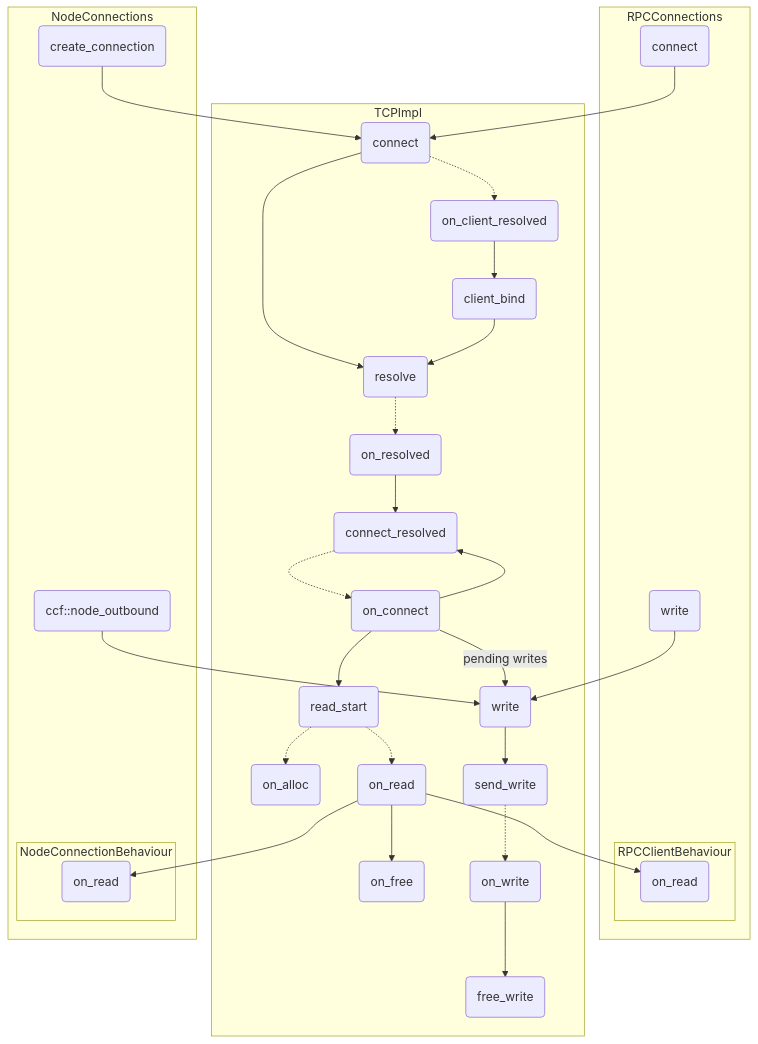
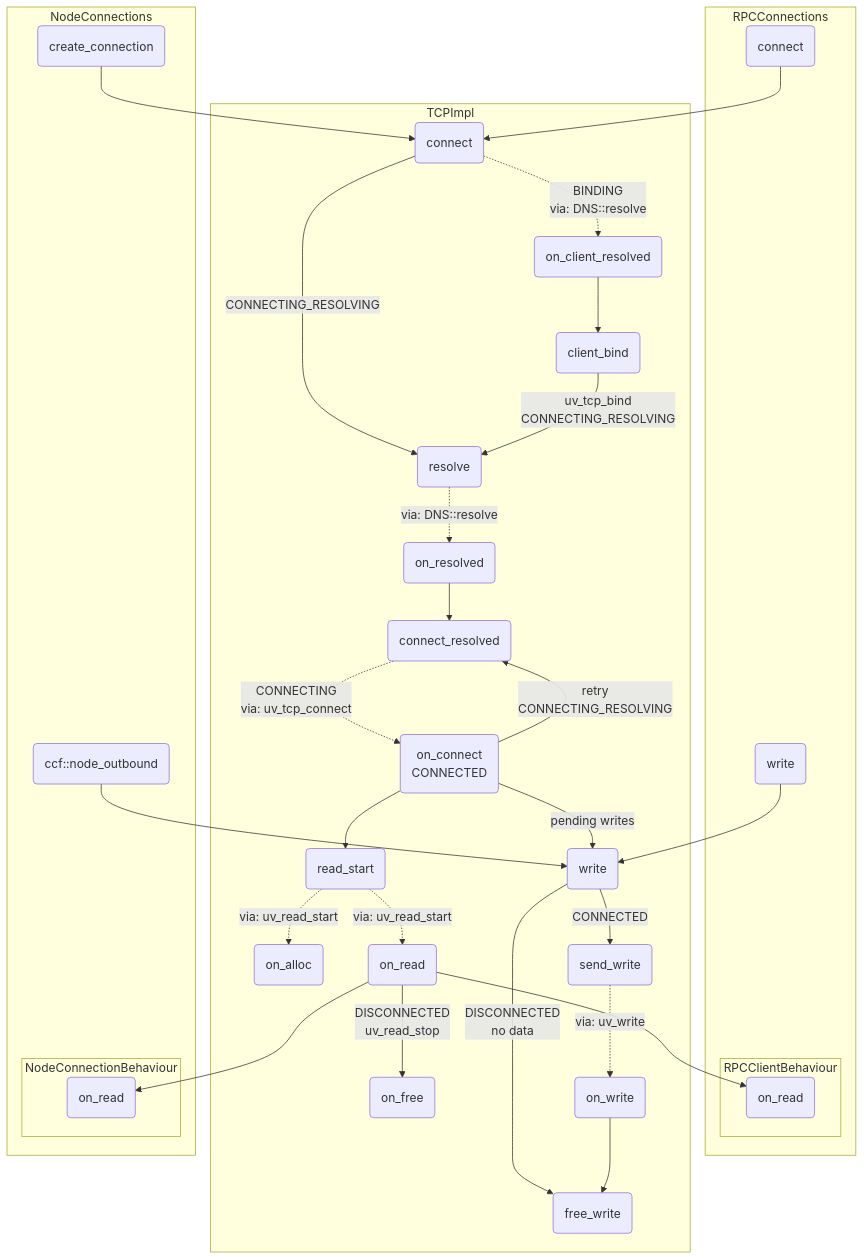
One commit to microsoft/CCF changed the fourth of 4 diagrams in doc/architecture/tcp_internals.rst. Above: the diagram before and after it, drawn with Mermaid.

Commit message:
edge annotation on client flow

```diff
--- a/doc/architecture/tcp_internals.rst
+++ b/doc/architecture/tcp_internals.rst
@@ -172,68 +172,69 @@
 .. mermaid::
 
     graph TD
         subgraph RPCConnections
             rc(connect)
             rw(write)
             subgraph RPCClientBehaviour
                 rsbor(on_read)
             end
         end
 
         subgraph TCPImpl
             tc(connect)
             tocr(on_client_resolved)
             tcb(client_bind)
             tr(resolve)
             tor(on_resolved)
             tcr(connect_resolved)
-            toc(on_connect)
+            toc(on_connect<br>CONNECTED)
 
             trs(read_start)
             toa(on_alloc)
             tore(on_read)
             tof(on_free)
 
             tw(write)
             tow(on_write)
             tfw(free_write)
             tsw(send_write)
         end
 
         subgraph NodeConnections
             ncc(create_connection)
             nw(ccf::node_outbound)
             subgraph NodeConnectionBehaviour
                 nsbor(on_read)
             end
         end
 
         %% Entry Points
         rc --> tc
         ncc --> tc
         rw --> tw
         nw --> tw
 
         %% Connect path
-        tc --> tr
-        tc -.-> tocr
+        tc -- CONNECTING_RESOLVING --> tr
+        tc -. BINDING<br>via: DNS::resolve .-> tocr
         tocr --> tcb
-        tcb --> tr
-        tr -.-> tor
+        tcb -- uv_tcp_bind<br>CONNECTING_RESOLVING --> tr
+        tr -. via: DNS::resolve .-> tor
         tor --> tcr
-        tcr -.-> toc
-        toc --> tcr
-        toc --pending writes--> tw
+        tcr -. CONNECTING<br>via: uv_tcp_connect .-> toc
+        toc -- retry<br>CONNECTING_RESOLVING --> tcr
+        toc -- pending writes --> tw
         toc --> trs
 
         %% Read path
-        trs -.-> toa
-        trs -.-> tore
-        tore --> tof
+        trs -. via: uv_read_start .-> toa
+        trs -. via: uv_read_start .-> tore
+        tore -- DISCONNECTED<br>uv_read_stop --> tof
         tore --> rsbor
         tore --> nsbor
 
         %% Write path
-        tw --> tsw
-        tsw -.-> tow
+        tw -- CONNECTED --> tsw
+        tw -- DISCONNECTED<br>no data --> tfw
+        tsw -. via: uv_write .-> tow
         tow --> tfw
```
